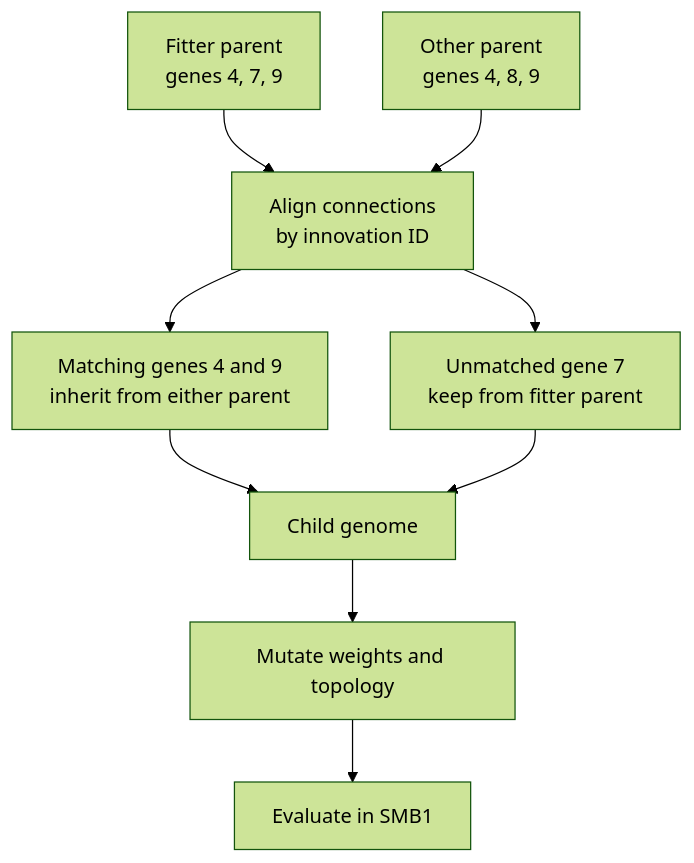
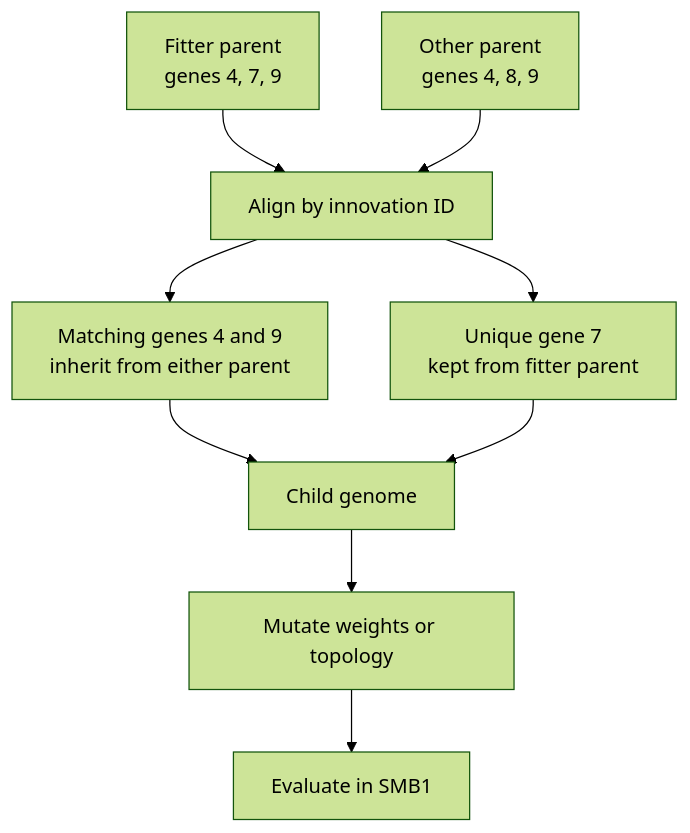
The fifth of 5 diagrams in README.md (heaven-hm/mario-ai-neat), drawn with Mermaid (forest theme) before and after one commit. The commit also changed other lines of this file and 1 other file, not shown here.

````diff
--- a/README.md
+++ b/README.md
@@ -131,11 +130,11 @@
 ```mermaid
 flowchart TD
-    Fitter["Fitter parent<br/>genes 4, 7, 9"] --> Align["Align connections<br/>by innovation ID"]
-    Other["Other parent<br/>genes 4, 8, 9"] --> Align
-    Align --> Match["Matching genes 4 and 9<br/>inherit from either parent"]
-    Align --> Unique["Unmatched gene 7<br/>keep from fitter parent"]
-    Match --> Child["Child genome"]
+    ParentA["Fitter parent<br/>genes 4, 7, 9"] --> Align["Align by innovation ID"]
+    ParentB["Other parent<br/>genes 4, 8, 9"] --> Align
+    Align --> Matching["Matching genes 4 and 9<br/>inherit from either parent"]
+    Align --> Unique["Unique gene 7<br/>kept from fitter parent"]
+    Matching --> Child["Child genome"]
     Unique --> Child
-    Child --> Mutate["Mutate weights and topology"]
+    Child --> Mutate["Mutate weights or topology"]
     Mutate --> Evaluate["Evaluate in SMB1"]
 ```
````
